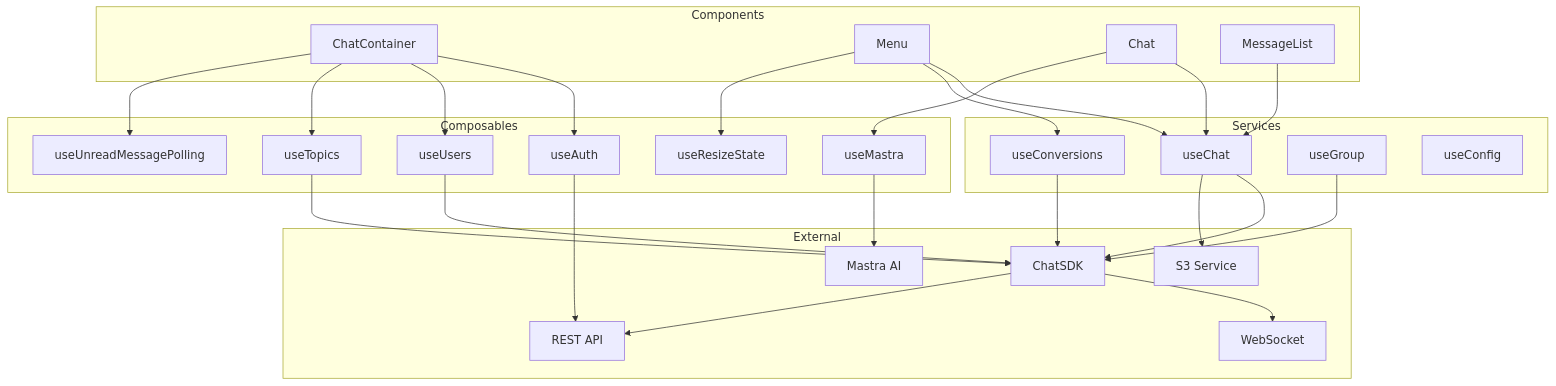
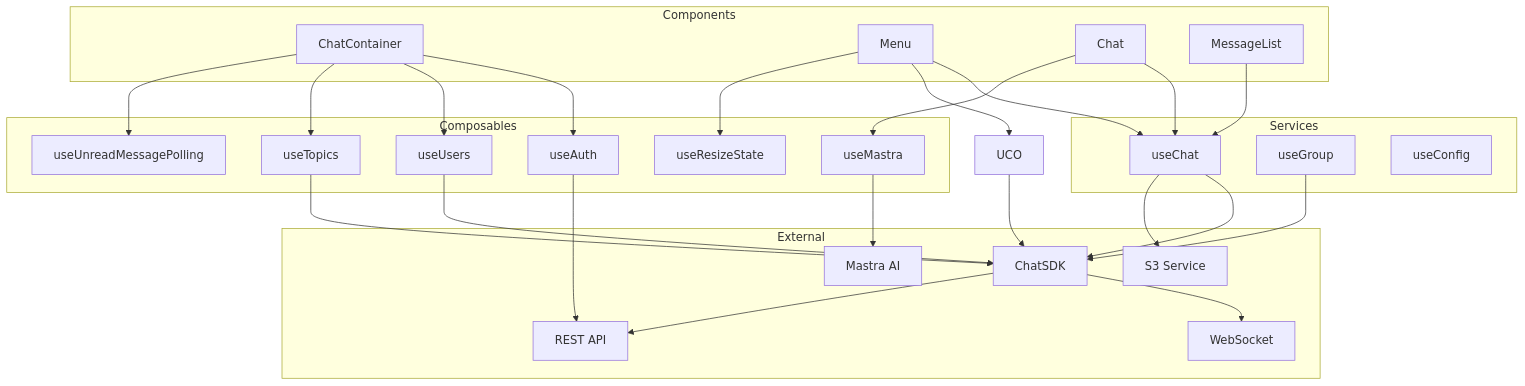
Before and after one commit to pksep/chat_client: the third of 7 diagrams in doc/ARCHITECTURE.md, drawn with Mermaid. The commit also changed other lines of this file and 33 other files, not shown here.

````diff
--- a/doc/ARCHITECTURE.md
+++ b/doc/ARCHITECTURE.md
@@ -82,59 +82,58 @@
 ```mermaid
 graph TB
     subgraph Components
         CC[ChatContainer]
         M[Menu]
         Ch[Chat]
         ML[MessageList]
     end
 
     subgraph Composables
         UA[useAuth]
         UU[useUsers]
         UT[useTopics]
         UMP[useUnreadMessagePolling]
         URS[useResizeState]
         UM[useMastra]
     end
 
     subgraph Services
         UC[useChat]
-        UCO[useConversions]
         UG[useGroup]
         UCF[useConfig]
     end
 
     subgraph External
         SDK[ChatSDK]
         WS[WebSocket]
         API[REST API]
         S3[S3 Service]
         AI[Mastra AI]
     end
 
     CC --> UA
     CC --> UU
     CC --> UT
     CC --> UMP
 
     M --> UC
     M --> UCO
     M --> URS
 
     Ch --> UC
     Ch --> UM
 
     ML --> UC
 
     UA --> API
     UU --> SDK
     UT --> SDK
     UC --> SDK
     UC --> S3
     UCO --> SDK
     UG --> SDK
     UM --> AI
 
     SDK --> WS
     SDK --> API
 ```
````
